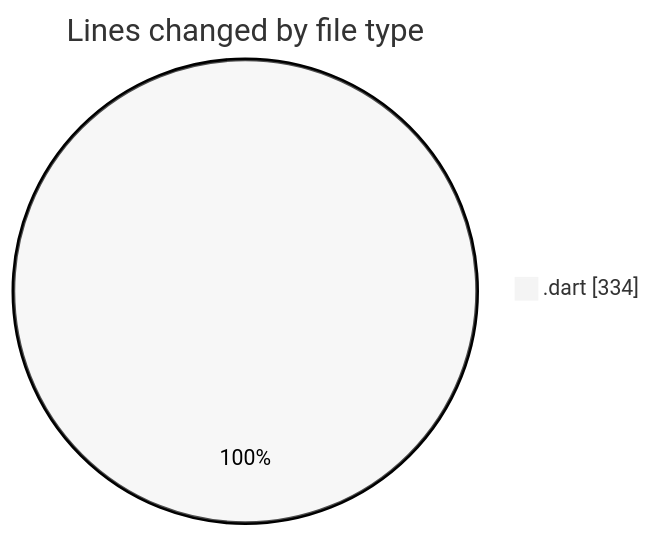
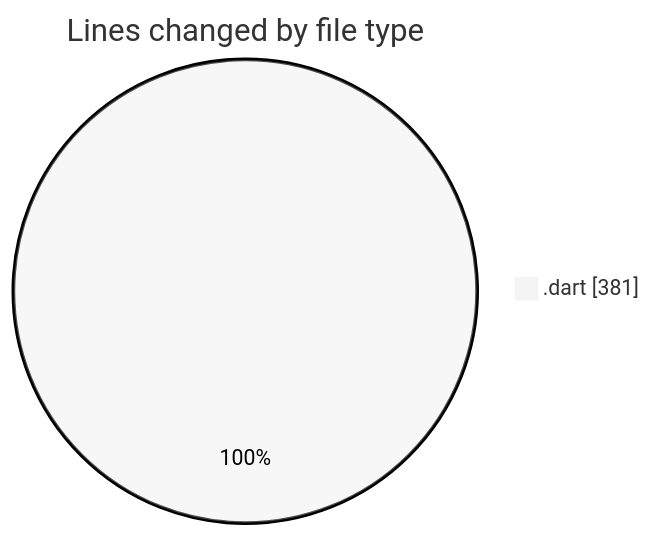
Before and after one commit to donsfak/code-tracking: the first of 2 diagrams in 2025-02-25/trackers_app/README.md, drawn with Mermaid (neutral theme). The commit also changed other lines of this file and 1 other file, not shown here.

````diff
--- a/2025-02-25/trackers_app/README.md
+++ b/2025-02-25/trackers_app/README.md
@@ -22,5 +22,5 @@
 ```mermaid
 pie showData
 title Lines changed by file type
-".dart" : 334
+".dart" : 381
 ```
````
